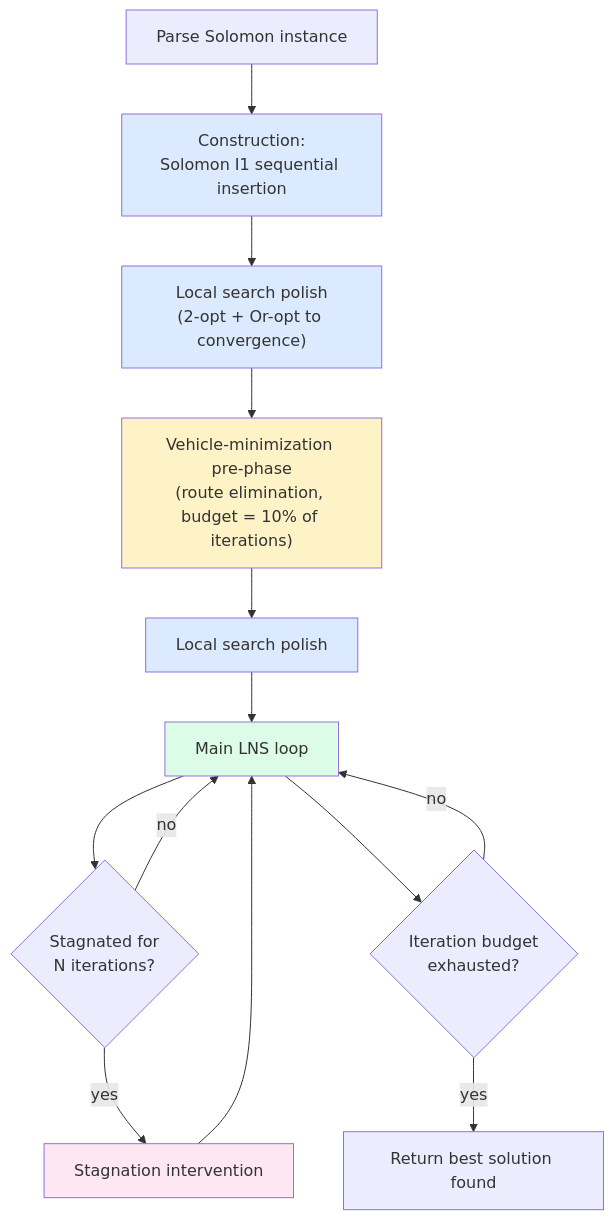
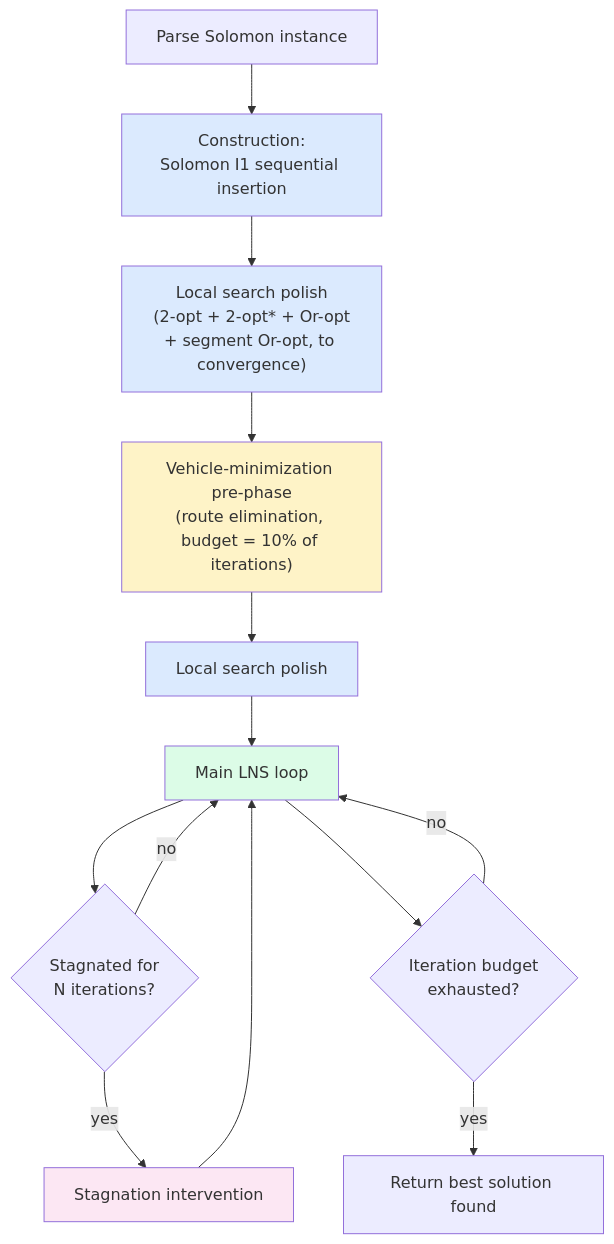
The first of 2 diagrams in README.md (ajayarn/RoutingOpt), drawn with Mermaid before and after one commit. The commit also changed other lines of this file and 1 other file, not shown here.

````diff
--- a/README.md
+++ b/README.md
@@ -48,22 +46,22 @@
 ```mermaid
 flowchart TD
     A[Parse Solomon instance] --> B["Construction:<br/>Solomon I1 sequential insertion"]
-    B --> C["Local search polish<br/>(2-opt + Or-opt to convergence)"]
+    B --> C["Local search polish<br/>(2-opt + 2-opt* + Or-opt<br/>+ segment Or-opt, to convergence)"]
     C --> D["Vehicle-minimization pre-phase<br/>(route elimination, budget = 10% of iterations)"]
     D --> E["Local search polish"]
     E --> F[Main LNS loop]
     F --> G{Stagnated for<br/>N iterations?}
     G -- no --> F
     G -- yes --> H[Stagnation intervention]
     H --> F
     F --> I{Iteration budget<br/>exhausted?}
     I -- no --> F
     I -- yes --> J[Return best solution found]
 
     style B fill:#dbeafe
     style C fill:#dbeafe
     style D fill:#fef3c7
     style E fill:#dbeafe
     style F fill:#dcfce7
     style H fill:#fce7f3
 ```
````
